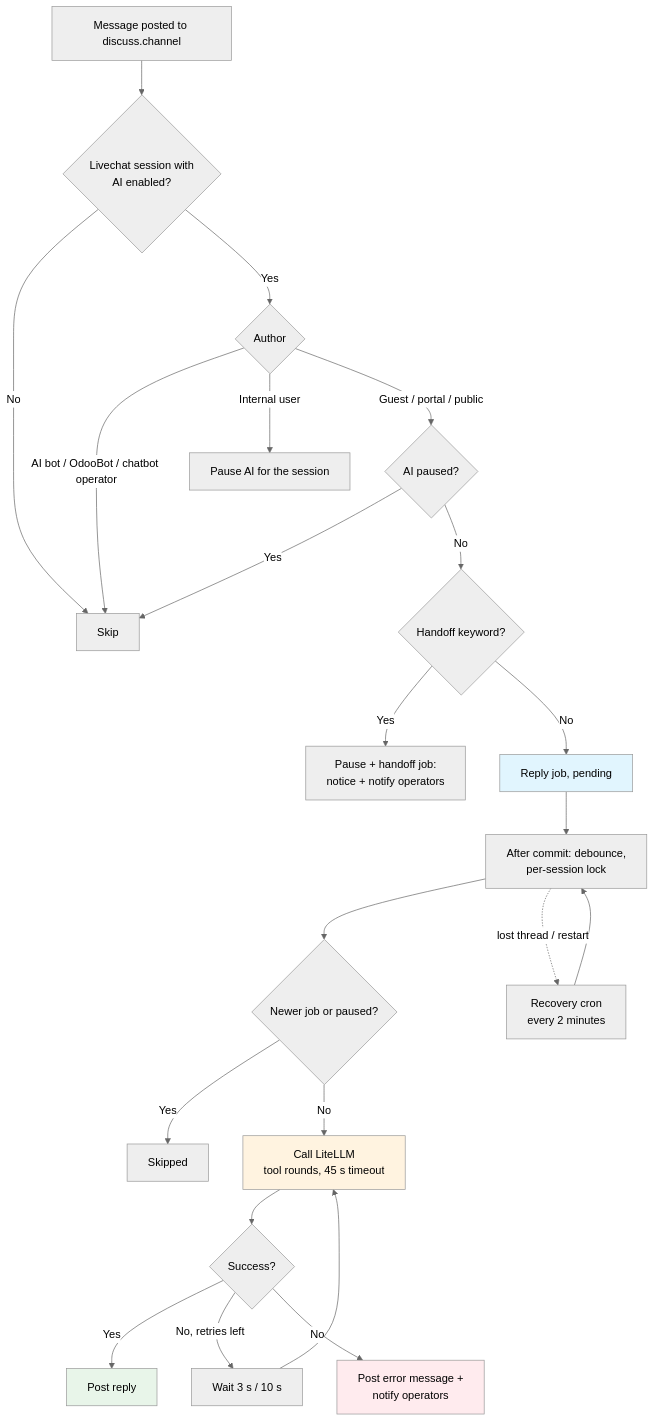
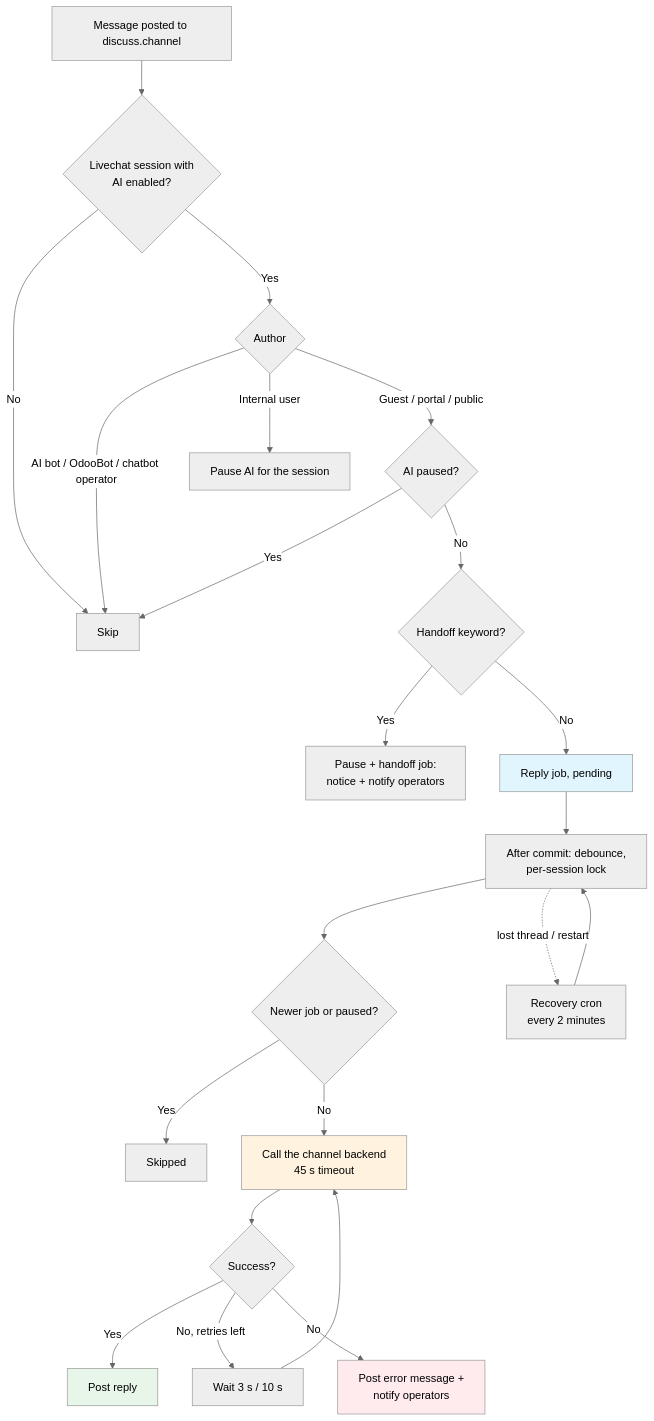
The second of 2 diagrams in README.md (WOOWTECH/Woow_odoo_ai_livechat), drawn with Mermaid (neutral theme) before and after one commit. The commit also changed other lines of this file and 3 other files, not shown here.

Commit message:
docs: describe the 18.0.1.2.0 per-channel backends (LiteLLM, Hermes, n8n with a minimal workflow and Chat Trigger notes) and the upgrade

````diff
--- a/README.md
+++ b/README.md
@@ -156,27 +171,27 @@
 ```mermaid
 flowchart TD
     A[Message posted to discuss.channel] --> B{Livechat session with<br/>AI enabled?}
     B -->|No| Z[Skip]
     B -->|Yes| C{Author}
     C -->|AI bot / OdooBot / chatbot operator| Z
     C -->|Internal user| P[Pause AI for the session]
     C -->|Guest / portal / public| D{AI paused?}
     D -->|Yes| Z
     D -->|No| E{Handoff keyword?}
     E -->|Yes| H[Pause + handoff job:<br/>notice + notify operators]
     E -->|No| F[Reply job, pending]
     F --> G[After commit: debounce,<br/>per-session lock]
     G --> I{Newer job or paused?}
     I -->|Yes| S[Skipped]
-    I -->|No| J[Call LiteLLM<br/>tool rounds, 45 s timeout]
+    I -->|No| J[Call the channel backend<br/>45 s timeout]
     J --> K{Success?}
     K -->|Yes| L[Post reply]
     K -->|No, retries left| R[Wait 3 s / 10 s] --> J
     K -->|No| M[Post error message +<br/>notify operators]
     G -.lost thread / restart.-> C2[Recovery cron<br/>every 2 minutes] --> G
 
     style F fill:#e1f5fe
     style J fill:#fff3e0
     style L fill:#e8f5e9
     style M fill:#ffebee
 ```
````
